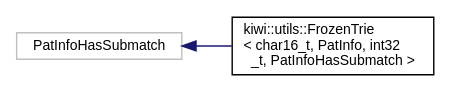
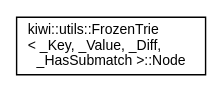
The diagram in inherit_graph_82.dot (bab2min/Kiwi), drawn with Graphviz before and after one commit. The commit also changed 449 other files, not shown here.

```diff
--- a/inherit_graph_82.dot
+++ b/inherit_graph_82.dot
@@ -1,10 +1,8 @@
 digraph "Graphical Class Hierarchy"
 {
  // LATEX_PDF_SIZE
   edge [fontname="Helvetica",fontsize="10",labelfontname="Helvetica",labelfontsize="10"];
   node [fontname="Helvetica",fontsize="10",shape=record];
   rankdir="LR";
-  Node44 [label="PatInfoHasSubmatch",height=0.2,width=0.4,color="grey75", fillcolor="white", style="filled",tooltip=" "];
-  Node44 -> Node0 [dir="back",color="midnightblue",fontsize="10",style="solid",fontname="Helvetica"];
-  Node0 [label="kiwi::utils::FrozenTrie\l\< char16_t, PatInfo, int32\l_t, PatInfoHasSubmatch \>",height=0.2,width=0.4,color="black", fillcolor="white", style="filled",URL="$classkiwi_1_1utils_1_1FrozenTrie.html",tooltip=" "];
+  Node0 [label="kiwi::utils::FrozenTrie\l\< _Key, _Value, _Diff,\l _HasSubmatch \>::Node",height=0.2,width=0.4,color="black", fillcolor="white", style="filled",URL="$structkiwi_1_1utils_1_1FrozenTrie_1_1Node.html",tooltip=" "];
 }
```
